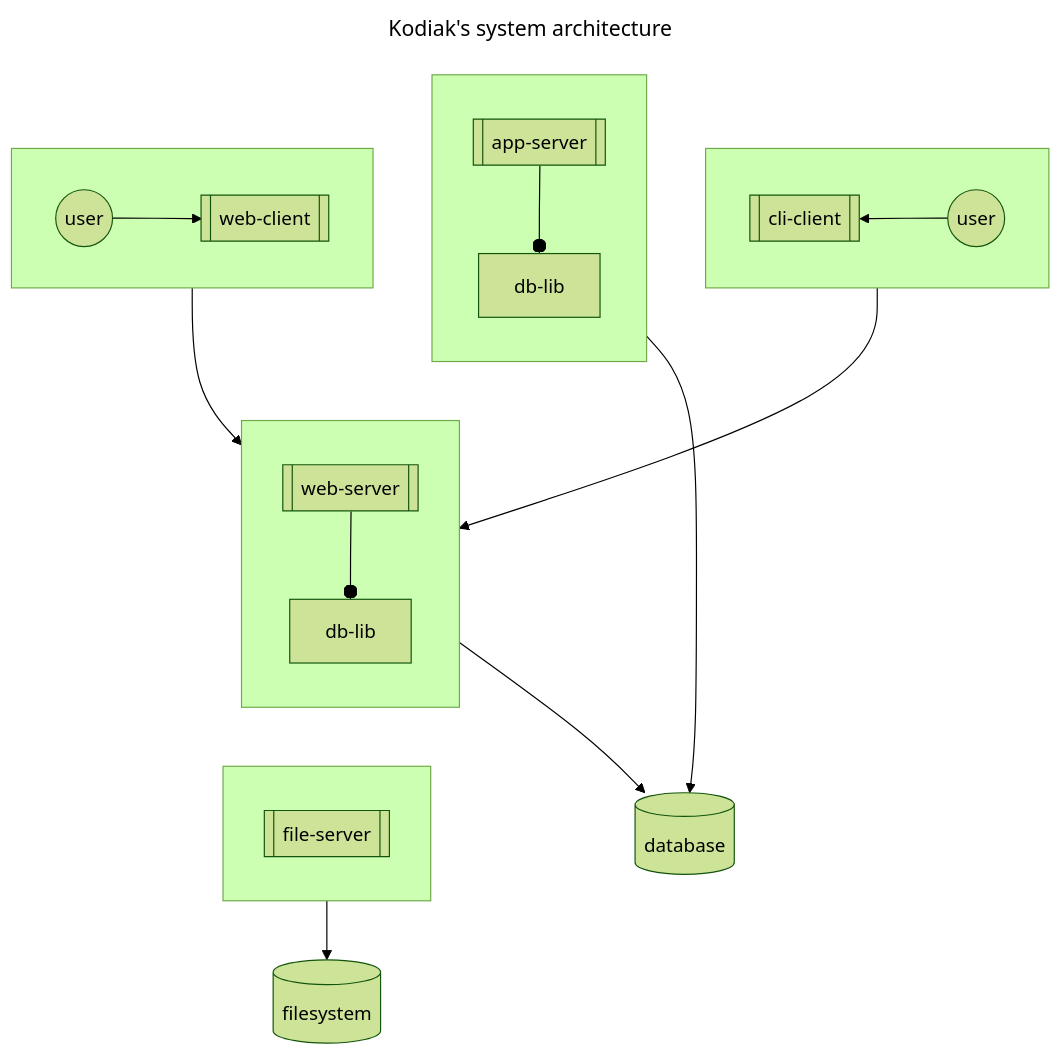
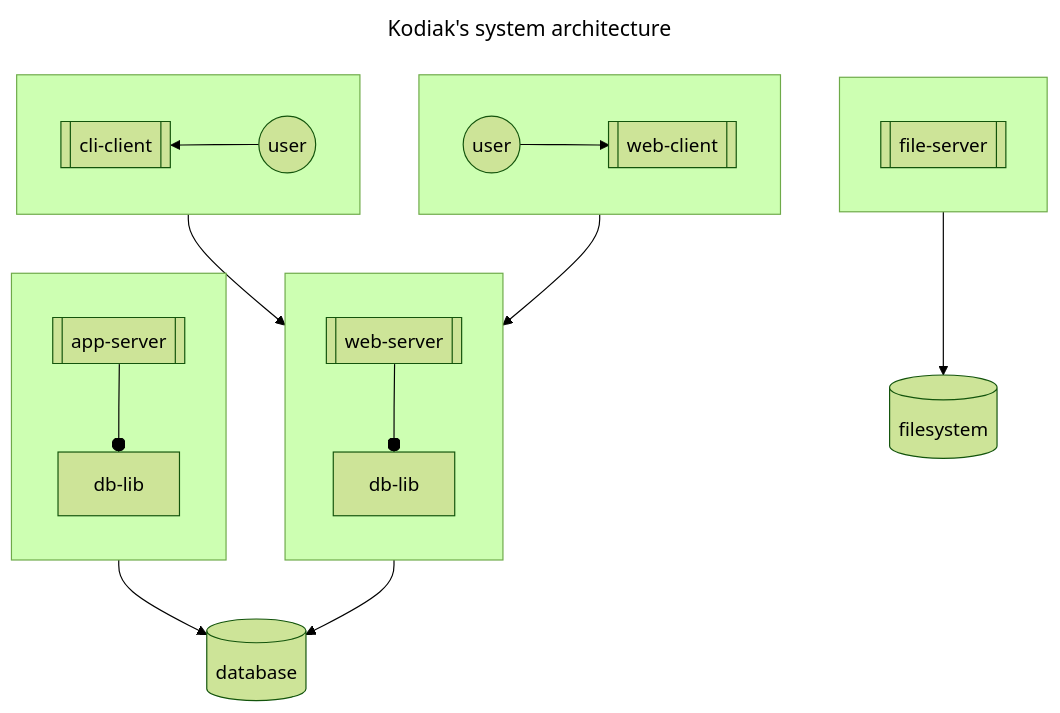
One commit to polarlabs/kodiak-diagrams changed the first of 2 diagrams in SYSTEM-ARCHITECTURE.md. Above: the diagram before and after it, drawn with Mermaid (forest theme).

Commit message:
fix: rearrange arrows.

````diff
--- a/SYSTEM-ARCHITECTURE.md
+++ b/SYSTEM-ARCHITECTURE.md
@@ -5,34 +5,32 @@
 ```mermaid
 ---
 title: Kodiak's system architecture
 ---
 flowchart TB
   direction TB
   subgraph user-web[ ]
     direction LR
     web-user((user)) --> web-client[[web-client]]
   end
   subgraph user-cli[ ]
     direction RL
     cli-user((user)) --> cli-client[[cli-client]]
   end
   subgraph file-server[ ]
     direction TB
     file-server.pro[[file-server]]
   end
   subgraph web-server[ ]
     direction TB
     web-server.pro[[web-server]] --o web-server.db-lib[db-lib]
   end
   subgraph app-server[ ]
     direction TB
     app-server.pro[[app-server]] --o app-server.db-lib[db-lib]
   end
-  app-server ~~~ web-server
-  web-server ~~~ file-server
-  user-web --> web-server
-  user-cli --> web-server
+  web-client --> web-server.pro
+  cli-client --> web-server.pro
   file-server --> filesystem[(filesystem)]
   web-server --> database[(database)]
   app-server --> database[(database)]
 ```
````
